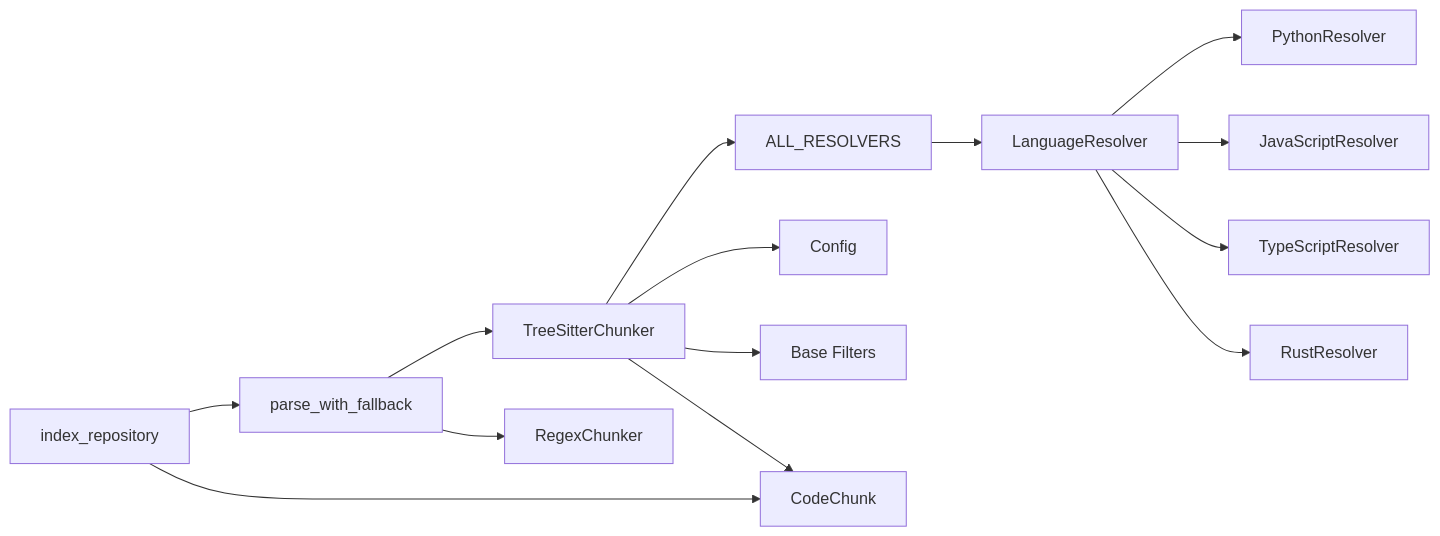
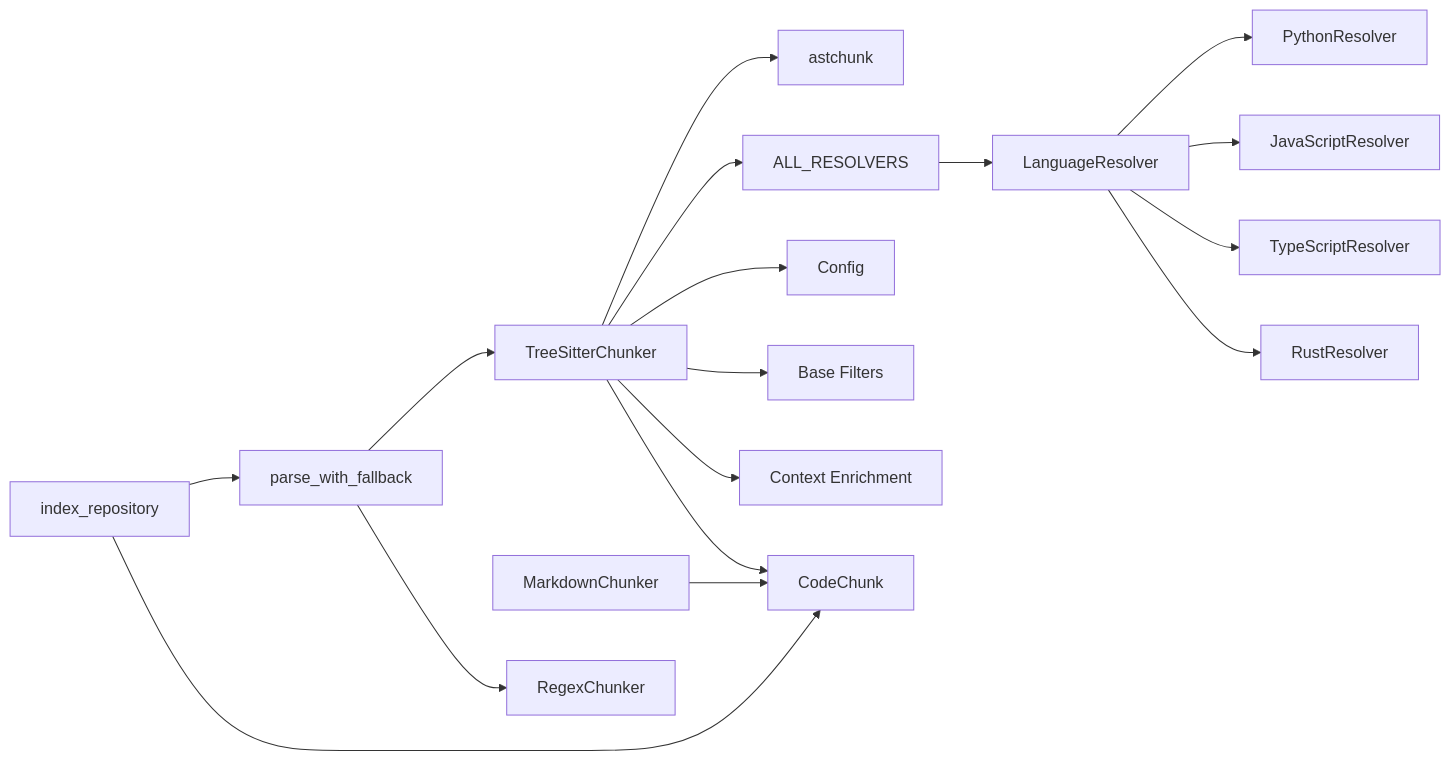
The fifth of 5 diagrams in .qoder/repowiki/en/content/Core Modules/Chunker System/AST Chunking Core.md (maemreyo/zmr-ctx-paker), drawn with Mermaid before and after one commit. The commit also changed other lines of this file and 25 other files, not shown here.

````diff
--- a/.qoder/repowiki/en/content/Core Modules/Chunker System/AST Chunking Core.md
+++ b/.qoder/repowiki/en/content/Core Modules/Chunker System/AST Chunking Core.md
@@ -314,16 +386,19 @@
 ```mermaid
 graph LR
-TS["TreeSitterChunker"] --> RES["ALL_RESOLVERS"]
+TS["TreeSitterChunker"] --> AST["astchunk"]
+TS --> RES["ALL_RESOLVERS"]
 TS --> CFG["Config"]
 TS --> BASE["Base Filters"]
+TS --> ENR["Context Enrichment"]
 TS --> CC["CodeChunk"]
+MD["MarkdownChunker"] --> CC
 RES --> LR["LanguageResolver"]
 LR --> PY["PythonResolver"]
 LR --> JS["JavaScriptResolver"]
 LR --> TSRes["TypeScriptResolver"]
 LR --> RS["RustResolver"]
 FB["parse_with_fallback"] --> TS
 FB --> RX["RegexChunker"]
 IDX["index_repository"] --> FB
 IDX --> CC
 ```
````
